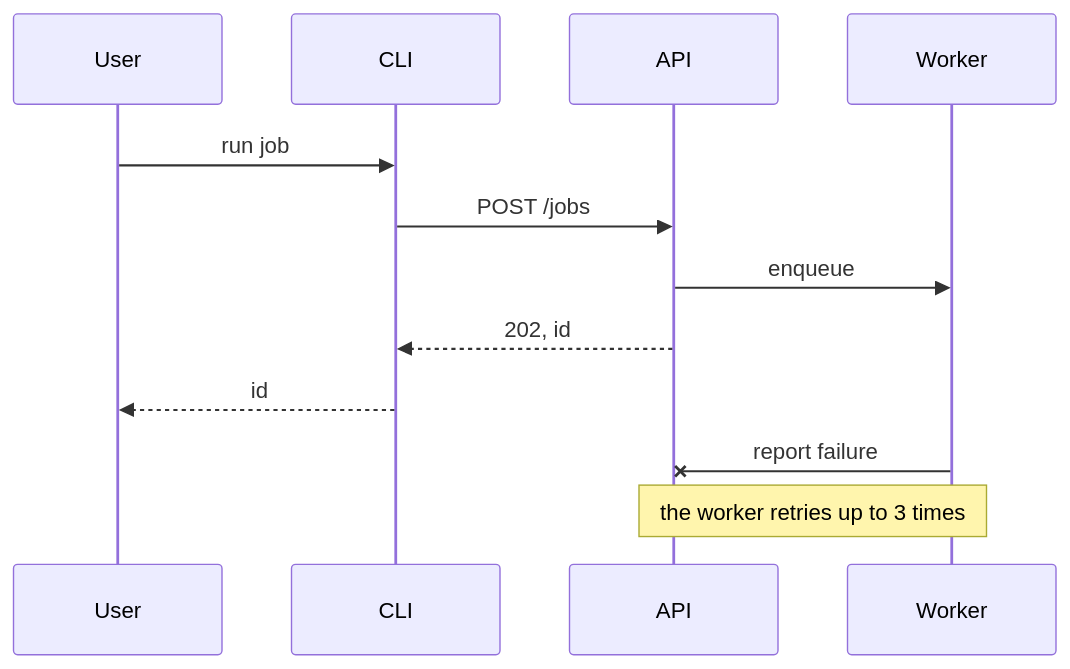
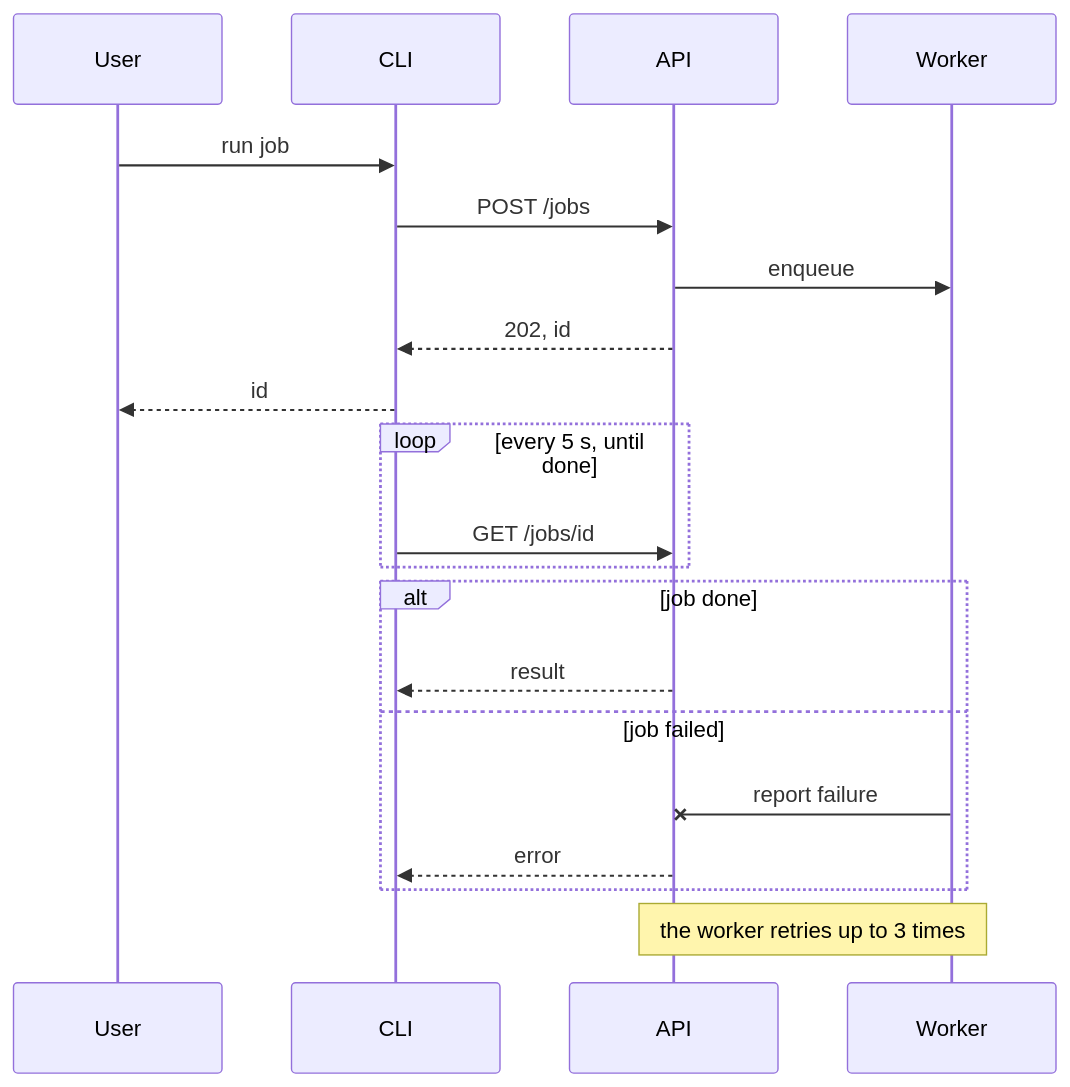
Before and after one commit to karczews/skills: the diagram in docs/diagramize/sequence.mmd, drawn with Mermaid. The commit also changed 14 other files, not shown here.

```diff
--- a/docs/diagramize/sequence.mmd
+++ b/docs/diagramize/sequence.mmd
@@ -1,12 +1,20 @@
 sequenceDiagram
     participant U as User
     participant C as CLI
     participant A as API
     participant W as Worker
     U->>C: run job
     C->>A: POST /jobs
     A->>W: enqueue
     A-->>C: 202, id
     C-->>U: id
-    W-xA: report failure
+    loop every 5 s, until done
+        C->>A: GET /jobs/id
+    end
+    alt job done
+        A-->>C: result
+    else job failed
+        W-xA: report failure
+        A-->>C: error
+    end
     Note over A,W: the worker retries up to 3 times
```
